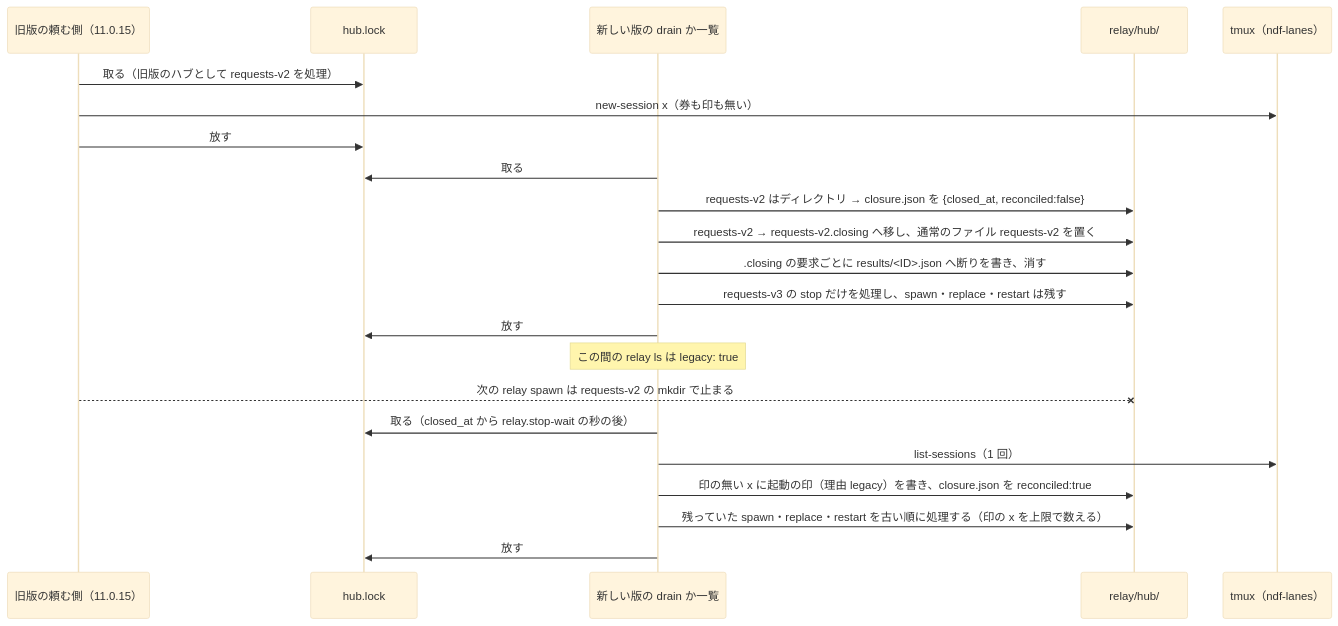
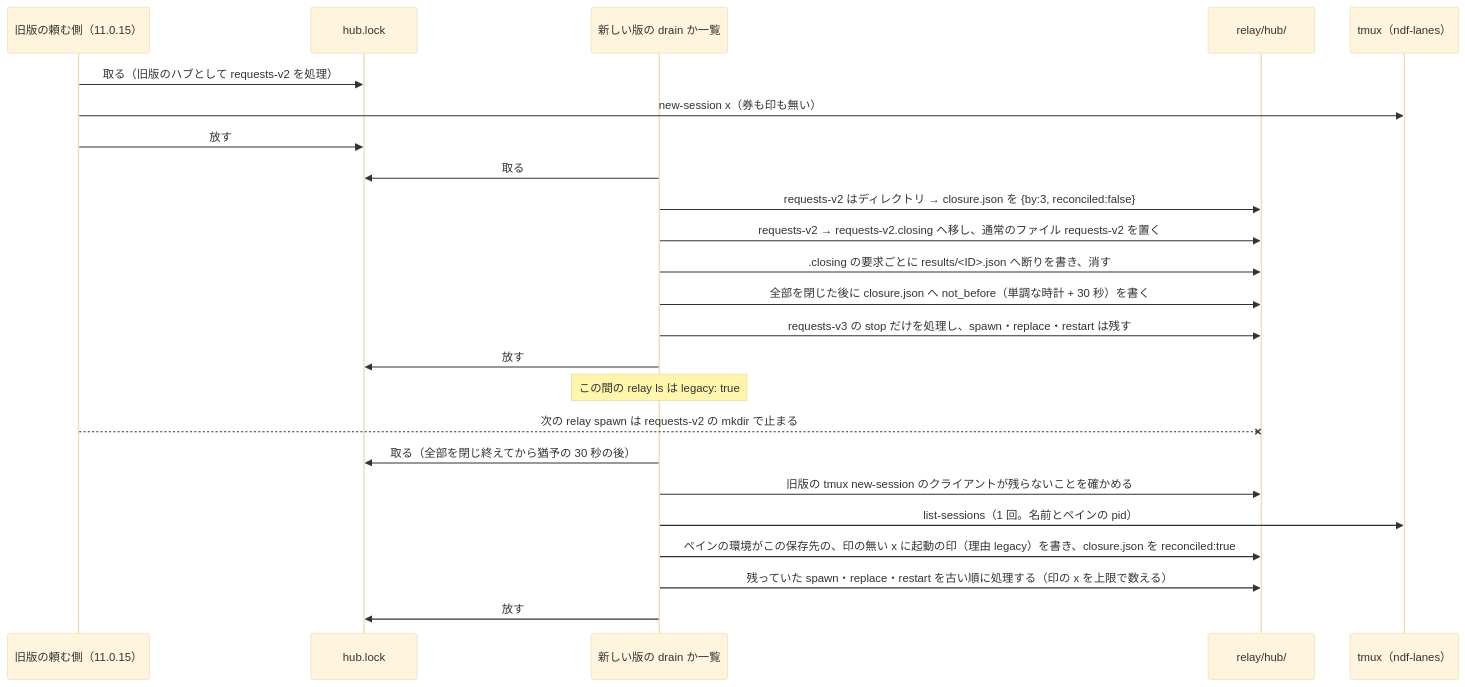
The third of 3 diagrams in issues/issue-4118-design.md (devbasex/ai-plugins), drawn with Mermaid (base theme) before and after one commit. The commit also changed other lines of this file and 1 other file, not shown here.

````diff
--- a/issues/issue-4118-design.md
+++ b/issues/issue-4118-design.md
@@ -183,24 +185,26 @@
 ```mermaid
 sequenceDiagram
   participant OR as 旧版の頼む側（11.0.15）
   participant HL as hub.lock
   participant NH as 新しい版の drain か一覧
   participant FS as relay/hub/
   participant TM as tmux（ndf-lanes）
   OR->>HL: 取る（旧版のハブとして requests-v2 を処理）
   OR->>TM: new-session x（券も印も無い）
   OR->>HL: 放す
   NH->>HL: 取る
-  NH->>FS: requests-v2 はディレクトリ → closure.json を {closed_at, reconciled:false}
+  NH->>FS: requests-v2 はディレクトリ → closure.json を {by:3, reconciled:false}
   NH->>FS: requests-v2 → requests-v2.closing へ移し、通常のファイル requests-v2 を置く
   NH->>FS: .closing の要求ごとに results/<ID>.json へ断りを書き、消す
+  NH->>FS: 全部を閉じた後に closure.json へ not_before（単調な時計 + 30 秒）を書く
   NH->>FS: requests-v3 の stop だけを処理し、spawn・replace・restart は残す
   NH->>HL: 放す
   Note over NH: この間の relay ls は legacy: true
   OR--xFS: 次の relay spawn は requests-v2 の mkdir で止まる
-  NH->>HL: 取る（closed_at から relay.stop-wait の秒の後）
-  NH->>TM: list-sessions（1 回）
-  NH->>FS: 印の無い x に起動の印（理由 legacy）を書き、closure.json を reconciled:true
+  NH->>HL: 取る（全部を閉じ終えてから猶予の 30 秒の後）
+  NH->>FS: 旧版の tmux new-session のクライアントが残らないことを確かめる
+  NH->>TM: list-sessions（1 回。名前とペインの pid）
+  NH->>FS: ペインの環境がこの保存先の、印の無い x に起動の印（理由 legacy）を書き、closure.json を reconciled:true
   NH->>FS: 残っていた spawn・replace・restart を古い順に処理する（印の x を上限で数える）
   NH->>HL: 放す
 ```
````
